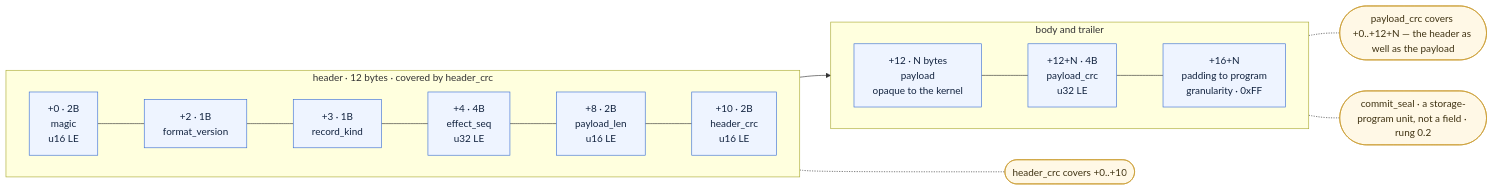
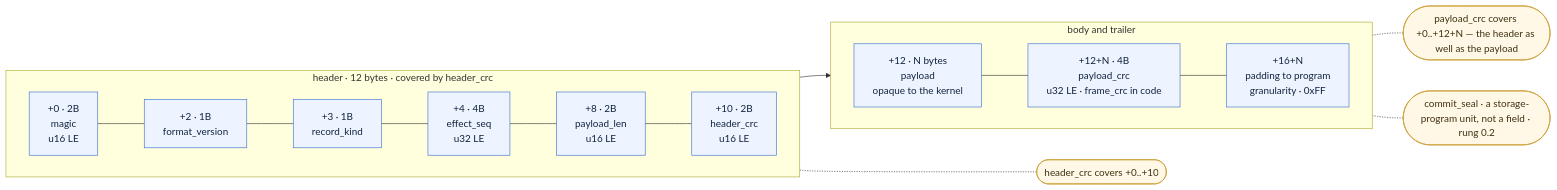
One commit to madmax983/waymaker changed the third of 5 diagrams in docs/architecture.md. Above: the diagram before and after it, drawn with Mermaid. The commit also changed other lines of this file and 3 other files, not shown here.

````diff
--- a/docs/architecture.md
+++ b/docs/architecture.md
@@ -130,34 +130,34 @@
 ```mermaid
 graph LR
   subgraph header["header · 12 bytes · covered by header_crc"]
     direction LR
     f0["+0 · 2B<br/>magic<br/>u16 LE"]
     f1["+2 · 1B<br/>format_version"]
     f2["+3 · 1B<br/>record_kind"]
     f3["+4 · 4B<br/>effect_seq<br/>u32 LE"]
     f4["+8 · 2B<br/>payload_len<br/>u16 LE"]
     f5["+10 · 2B<br/>header_crc<br/>u16 LE"]
     f0 --- f1 --- f2 --- f3 --- f4 --- f5
   end
   subgraph rest["body and trailer"]
     direction LR
     f6["+12 · N bytes<br/>payload<br/>opaque to the kernel"]
-    f7["+12+N · 4B<br/>payload_crc<br/>u32 LE"]
+    f7["+12+N · 4B<br/>payload_crc<br/>u32 LE · frame_crc in code"]
     f8["+16+N<br/>padding to program<br/>granularity · 0xFF"]
     f6 --- f7 --- f8
   end
   header --> rest
 
   c1(["header_crc covers +0..+10"])
   c2(["payload_crc covers +0..+12+N — the header as well as the payload"])
   c3(["commit_seal · a storage-program unit, not a field · rung 0.2"])
 
   f5 -.- c1
   f7 -.- c2
   f8 -.- c3
 
   classDef field fill:#eef4ff,stroke:#3b6fd4,color:#12233f;
   classDef note fill:#fff8e6,stroke:#c99a2e,color:#3f3212;
   class f0,f1,f2,f3,f4,f5,f6,f7,f8 field;
   class c1,c2,c3 note;
 ```
````
